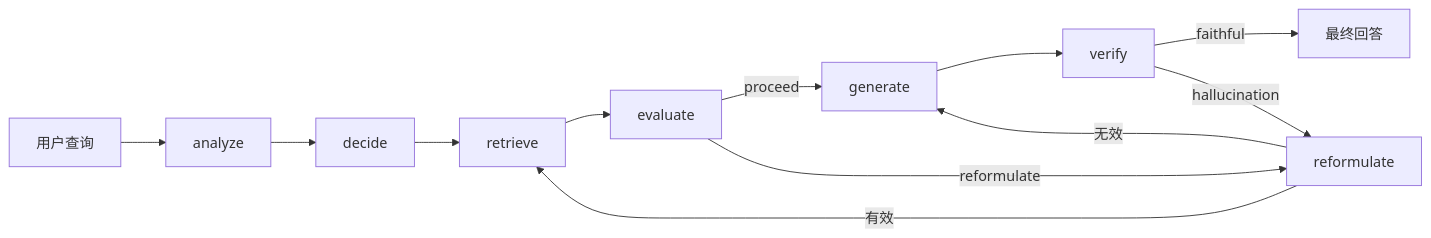
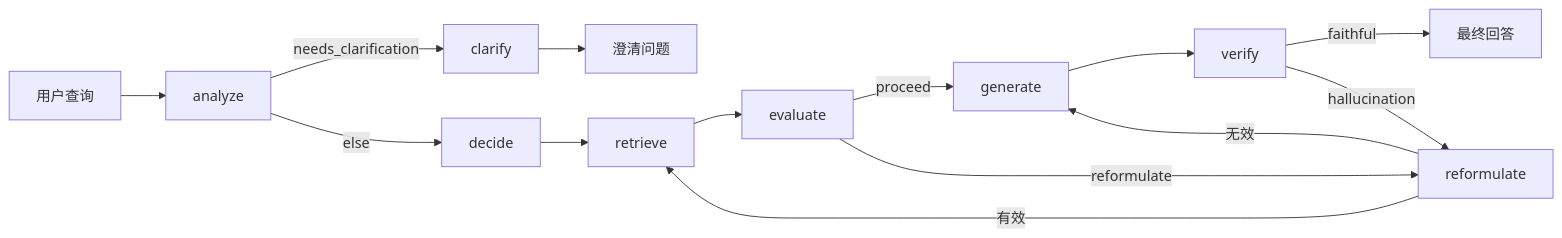
One commit to yyc2417/RAGForge changed the second of 2 diagrams in docs/modules/agent.md. Above: the diagram before and after it, drawn with Mermaid. The commit also changed other lines of this file and 8 other files, not shown here.

````diff
--- a/docs/modules/agent.md
+++ b/docs/modules/agent.md
@@ -165,14 +178,16 @@
 ```mermaid
 graph LR
     Q[用户查询] --> A[analyze]
-    A --> D[decide]
+    A -->|needs_clarification| C[clarify]
+    C --> CLR[澄清问题]
+    A -->|else| D[decide]
     D --> R[retrieve]
     R --> E[evaluate]
     E -->|proceed| G[generate]
     E -->|reformulate| RF[reformulate]
     RF -->|有效| R
     RF -->|无效| G
     G --> V[verify]
     V -->|faithful| ANS[最终回答]
     V -->|hallucination| RF
 ```
````
